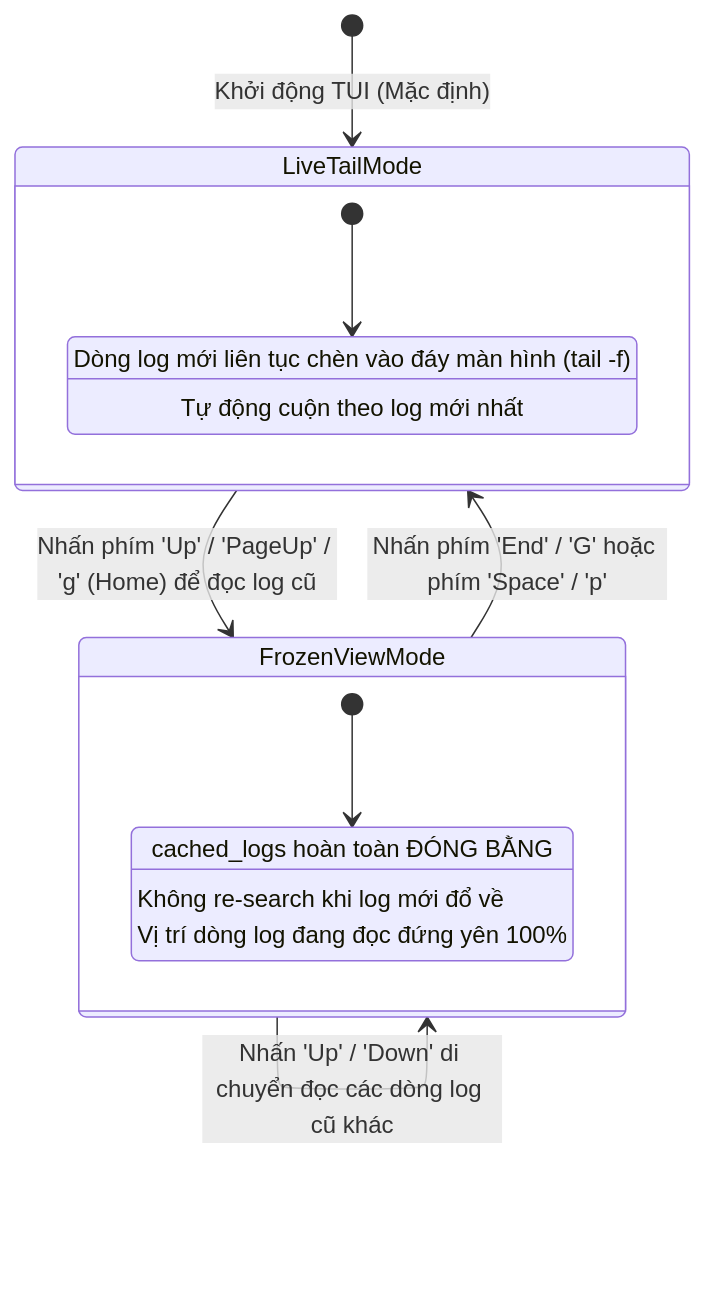
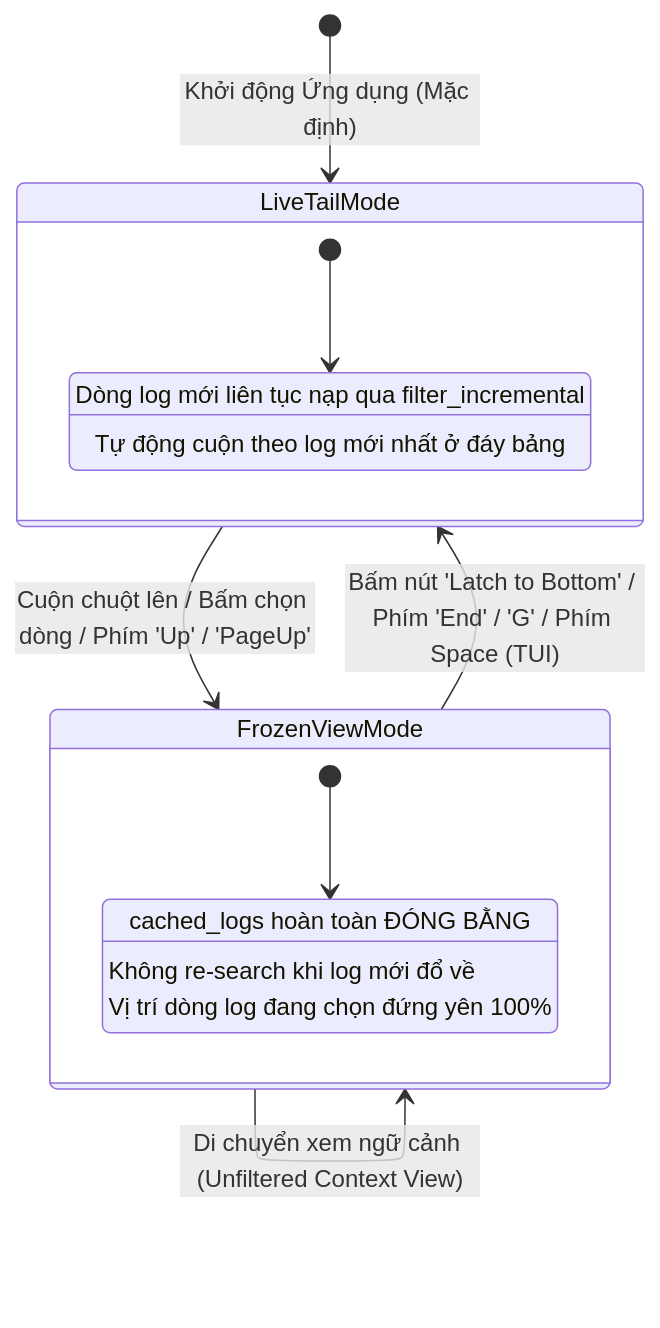
The third of 3 diagrams in archi.md (gavuhop/uwulog-rust), drawn with Mermaid before and after one commit. The commit also changed other lines of this file and 9 other files, not shown here.

````diff
--- a/archi.md
+++ b/archi.md
@@ -114,21 +119,21 @@
 ```mermaid
 stateDiagram-v2
-    [*] --> LiveTailMode: Khởi động TUI (Mặc định)
+    [*] --> LiveTailMode: Khởi động Ứng dụng (Mặc định)
 
     state LiveTailMode {
         [*] --> ScrollBottom
-        ScrollBottom: Dòng log mới liên tục chèn vào đáy màn hình (tail -f)
-        ScrollBottom: Tự động cuộn theo log mới nhất
+        ScrollBottom: Dòng log mới liên tục nạp qua filter_incremental
+        ScrollBottom: Tự động cuộn theo log mới nhất ở đáy bảng
     }
 
     state FrozenViewMode {
         [*] --> LockView
         LockView: cached_logs hoàn toàn ĐÓNG BẰNG
         LockView: Không re-search khi log mới đổ về
-        LockView: Vị trí dòng log đang đọc đứng yên 100%
+        LockView: Vị trí dòng log đang chọn đứng yên 100%
     }
 
-    LiveTailMode --> FrozenViewMode: Nhấn phím 'Up' / 'PageUp' / 'g' (Home) để đọc log cũ
-    FrozenViewMode --> LiveTailMode: Nhấn phím 'End' / 'G' hoặc phím 'Space' / 'p'
-    FrozenViewMode --> FrozenViewMode: Nhấn 'Up' / 'Down' di chuyển đọc các dòng log cũ khác
+    LiveTailMode --> FrozenViewMode: Cuộn chuột lên / Bấm chọn dòng / Phím 'Up' / 'PageUp'
+    FrozenViewMode --> LiveTailMode: Bấm nút 'Latch to Bottom' / Phím 'End' / 'G' / Phím Space (TUI)
+    FrozenViewMode --> FrozenViewMode: Di chuyển xem ngữ cảnh (Unfiltered Context View)
 ```
````
